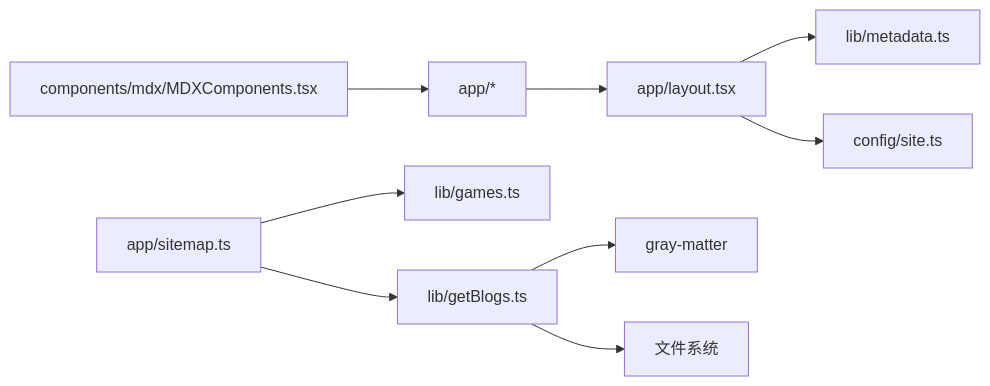
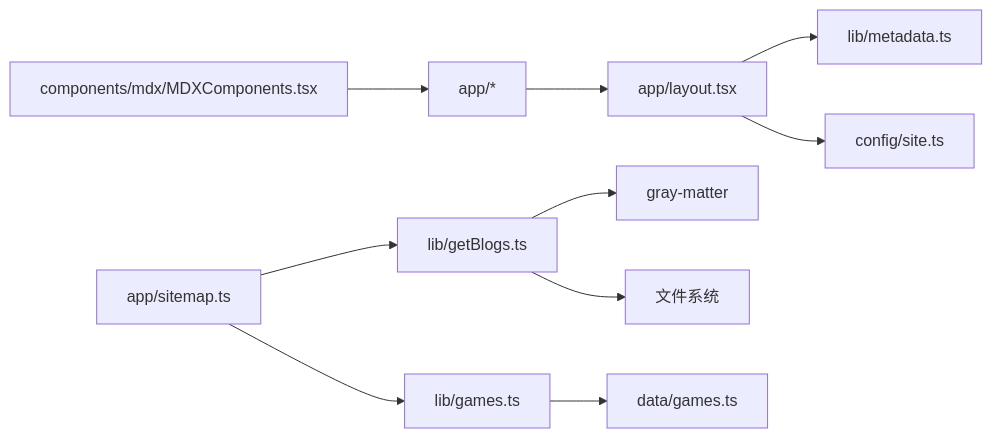
One commit to billychou/linkedin-answer changed the fourth of 4 diagrams in .qoder/repowiki/zh/content/内容管理系统/内容管理系统.md. Above: the diagram before and after it, drawn with Mermaid. The commit also changed other lines of this file and 4 other files, not shown here.

````diff
--- a/.qoder/repowiki/zh/content/内容管理系统/内容管理系统.md
+++ b/.qoder/repowiki/zh/content/内容管理系统/内容管理系统.md
@@ -245,11 +294,12 @@
 ```mermaid
 graph LR
 LAYOUT["app/layout.tsx"] --> META["lib/metadata.ts"]
 LAYOUT --> SITE["config/site.ts"]
 SITEMAP["app/sitemap.ts"] --> GETBLOGS["lib/getBlogs.ts"]
 SITEMAP --> GAMES["lib/games.ts"]
 GETBLOGS --> GRAY["gray-matter"]
 GETBLOGS --> FS["文件系统"]
+GAMES --> DATA["data/games.ts"]
 MDX["components/mdx/MDXComponents.tsx"] --> APP["app/*"]
 APP --> LAYOUT
 ```
````
